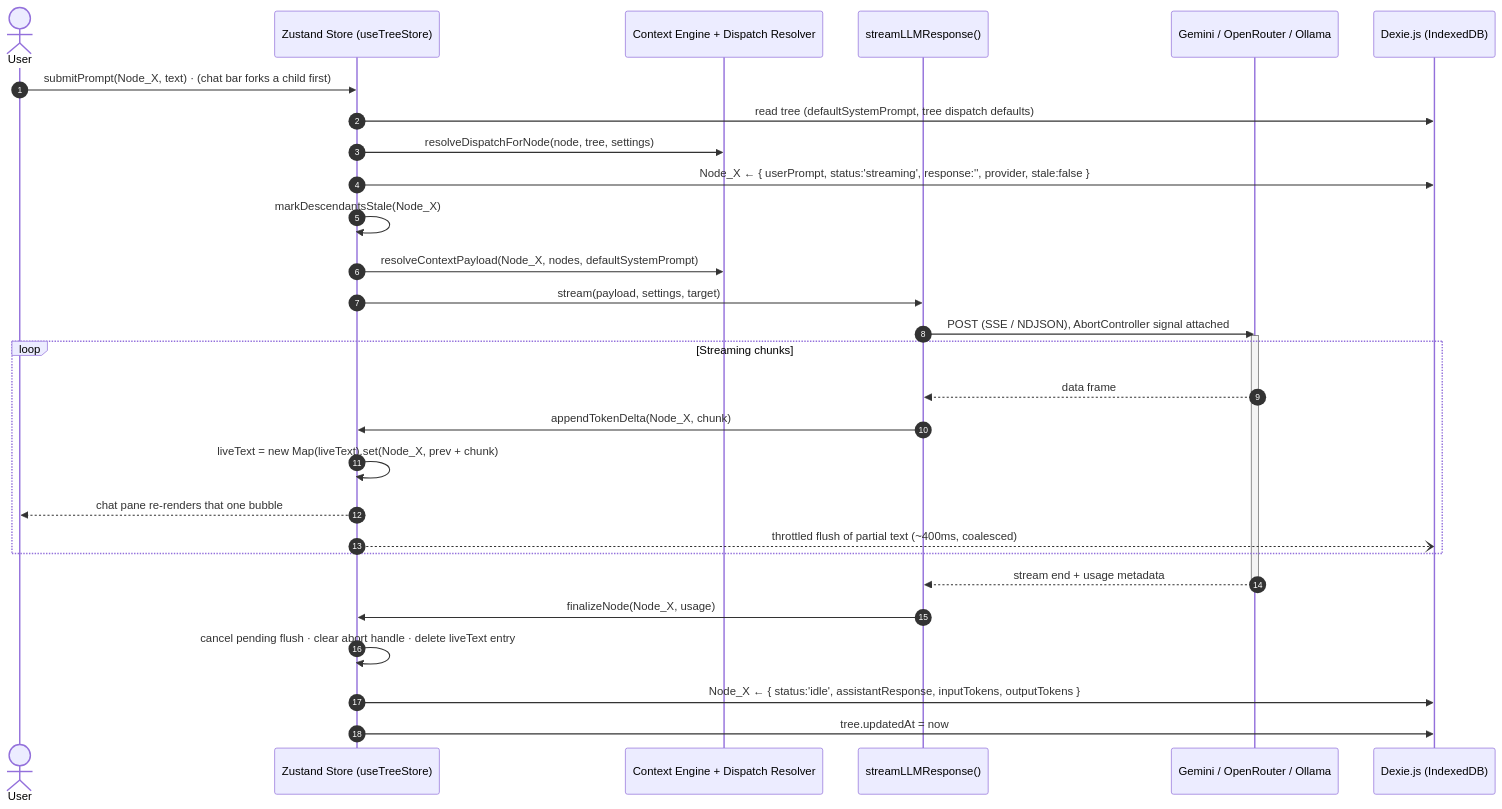
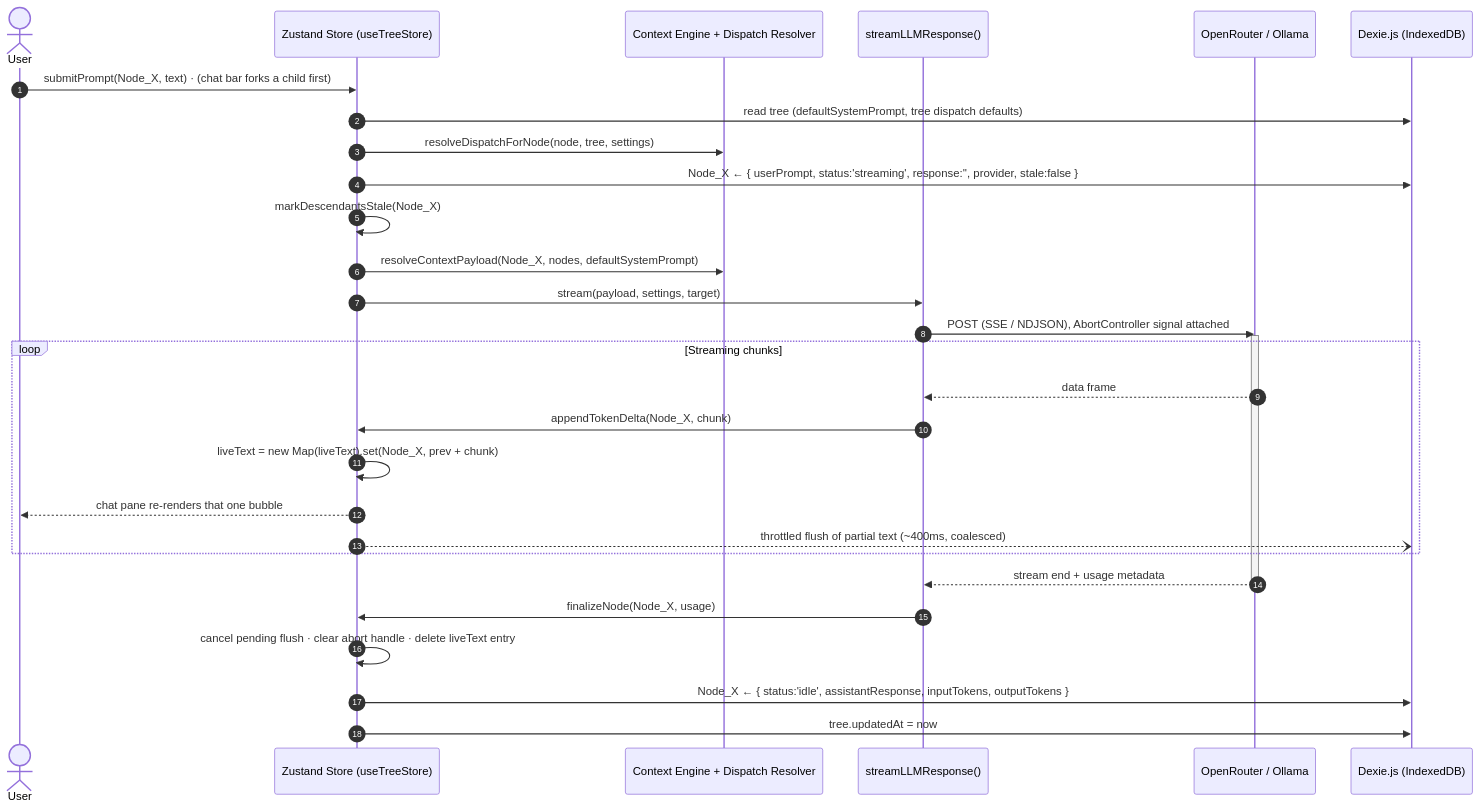
The second of 2 diagrams in docs/ARCHITECTURE.md (TinyThinker/HydraGraph), drawn with Mermaid before and after one commit. The commit also changed other lines of this file and 2 other files, not shown here.

First line of the commit message:
docs(phase7): record live model catalog + OpenRouter-only providers

````diff
--- a/docs/ARCHITECTURE.md
+++ b/docs/ARCHITECTURE.md
@@ -535,37 +545,37 @@
 ```mermaid
 sequenceDiagram
     autonumber
     actor User
     participant Store as Zustand Store (useTreeStore)
     participant Ctx as Context Engine + Dispatch Resolver
     participant API as streamLLMResponse()
-    participant Provider as Gemini / OpenRouter / Ollama
+    participant Provider as OpenRouter / Ollama
     participant DB as Dexie.js (IndexedDB)
 
     User->>Store: submitPrompt(Node_X, text)  ·  (chat bar forks a child first)
     Store->>DB: read tree (defaultSystemPrompt, tree dispatch defaults)
     Store->>Ctx: resolveDispatchForNode(node, tree, settings)
     Store->>DB: Node_X ← { userPrompt, status:'streaming', response:'', provider, stale:false }
     Store->>Store: markDescendantsStale(Node_X)
     Store->>Ctx: resolveContextPayload(Node_X, nodes, defaultSystemPrompt)
     Store->>API: stream(payload, settings, target)
 
     API->>Provider: POST (SSE / NDJSON), AbortController signal attached
     activate Provider
 
     loop Streaming chunks
         Provider-->>API: data frame
         API->>Store: appendTokenDelta(Node_X, chunk)
         Store->>Store: liveText = new Map(liveText).set(Node_X, prev + chunk)
         Store-->>User: chat pane re-renders that one bubble
         Store--)DB: throttled flush of partial text (~400ms, coalesced)
     end
 
     Provider-->>API: stream end + usage metadata
     deactivate Provider
 
     API->>Store: finalizeNode(Node_X, usage)
     Store->>Store: cancel pending flush · clear abort handle · delete liveText entry
     Store->>DB: Node_X ← { status:'idle', assistantResponse, inputTokens, outputTokens }
     Store->>DB: tree.updatedAt = now
 ```
````
